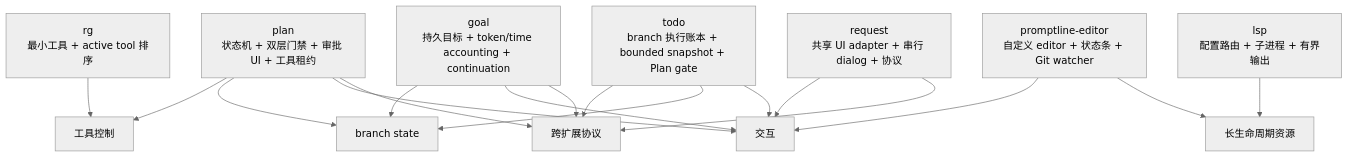
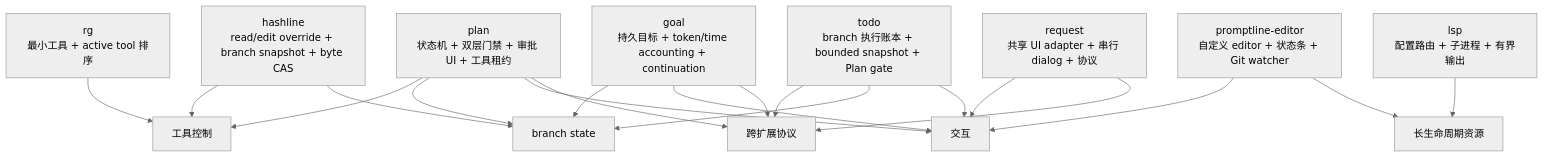
One commit to jaronic/pi-extensions changed diagram 19 of 19 in docs/design/04-extension-system.md. Above: the diagram before and after it, drawn with Mermaid (neutral theme). The commit also changed other lines of this file and 34 other files, not shown here.

Commit message:
feat(hashline): add snapshot-guarded read and edit

````diff
--- a/docs/design/04-extension-system.md
+++ b/docs/design/04-extension-system.md
@@ -469,27 +469,30 @@
 ```mermaid
 flowchart TB
     RG[rg<br/>最小工具 + active tool 排序]
     Plan[plan<br/>状态机 + 双层门禁 + 审批 UI + 工具租约]
     Goal[goal<br/>持久目标 + token/time accounting + continuation]
     LSP[lsp<br/>配置路由 + 子进程 + 有界输出]
     Request[request<br/>共享 UI adapter + 串行 dialog + 协议]
+    Hashline[hashline<br/>read/edit override + branch snapshot + byte CAS]
     Todo[todo<br/>branch 执行账本 + bounded snapshot + Plan gate]
     Promptline[promptline-editor<br/>自定义 editor + 状态条 + Git watcher]
 
     RG --> Tools[工具控制]
+    Hashline --> Tools
+    Hashline --> State
     Plan --> Tools
     Plan --> State[branch state]
     Goal --> State
     Plan --> UI[交互]
     Goal --> UI
     Request --> UI
     Promptline --> UI
     LSP --> Resource[长生命周期资源]
     Promptline --> Resource
     Plan --> Protocol[跨扩展协议]
     Goal --> Protocol
     Request --> Protocol
     Todo --> Protocol
     Todo --> State
     Todo --> UI
 ```
````
